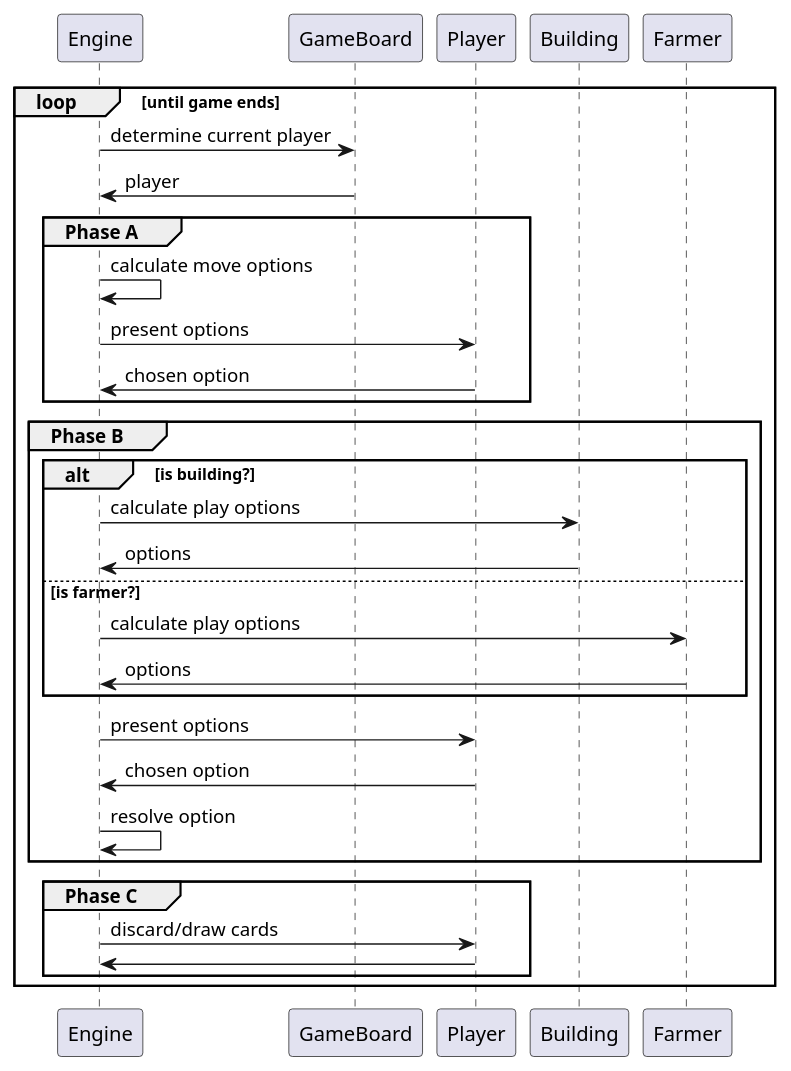
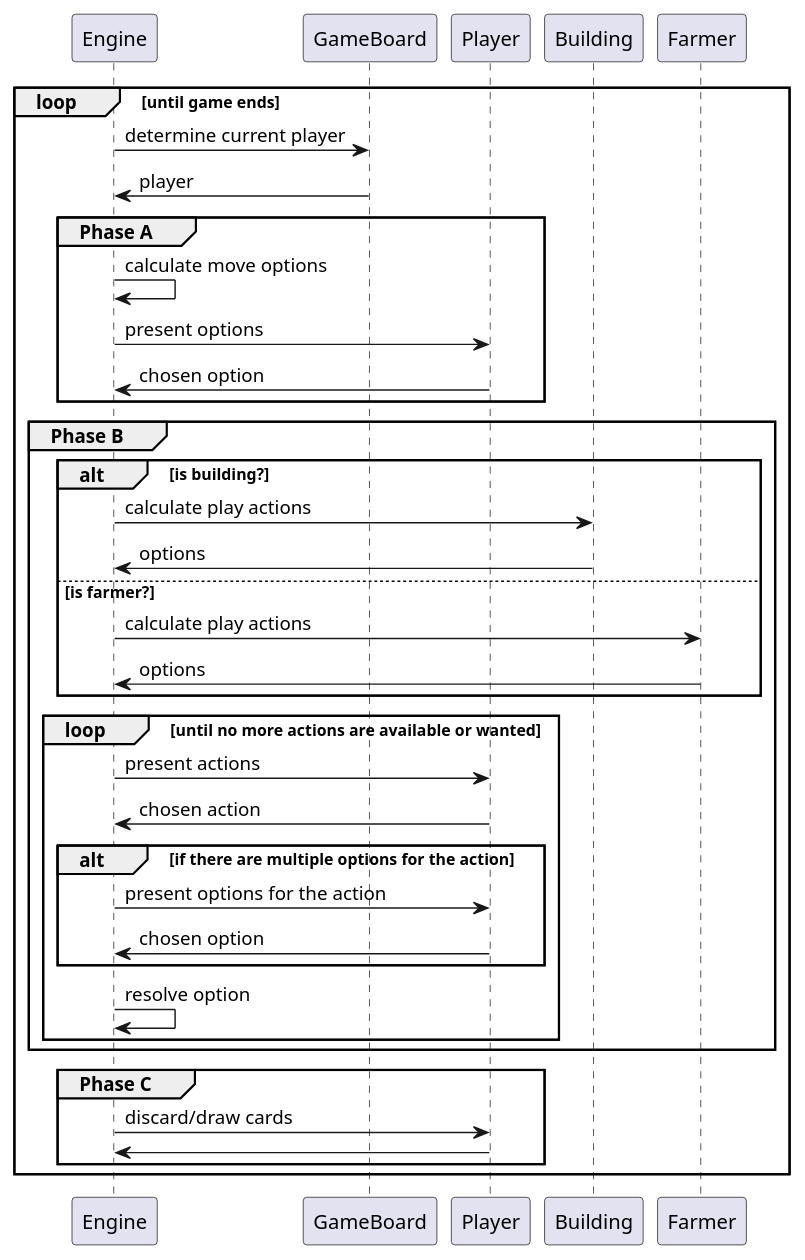
The diagram in README.md (mihaeu/gwta), drawn with PlantUML before and after one commit. The commit also changed other lines of this file and 20 other files, not shown here.

First line of the commit message:
Implement building action option workflow

````diff
--- a/README.md
+++ b/README.md
@@ -124,34 +140,40 @@
 ```puml
 @startuml
 
 loop until game ends
     Engine -> GameBoard : determine current player
     GameBoard -> Engine : player
     group Phase A
         Engine -> Engine : calculate move options
         Engine -> Player : present options
         Player -> Engine : chosen option
     end
 
     group Phase B
         alt is building?
-            Engine -> Building : calculate play options
+            Engine -> Building : calculate play actions
             Building -> Engine : options
         else is farmer?
-            Engine -> Farmer : calculate play options
+            Engine -> Farmer : calculate play actions
             Farmer -> Engine : options
         end
-        Engine -> Player : present options
-        Player -> Engine : chosen option
-        Engine -> Engine : resolve option
+        loop until no more actions are available or wanted
+            Engine -> Player : present actions
+            Player -> Engine : chosen action
+            alt if there are multiple options for the action
+            Engine -> Player : present options for the action
+            Player -> Engine : chosen option
+            end
+            Engine -> Engine : resolve option
+        end
     end
 
     group Phase C
         Engine -> Player : discard/draw cards
         Player -> Engine
     end
 end
 
 @enduml
 
 ```
````
